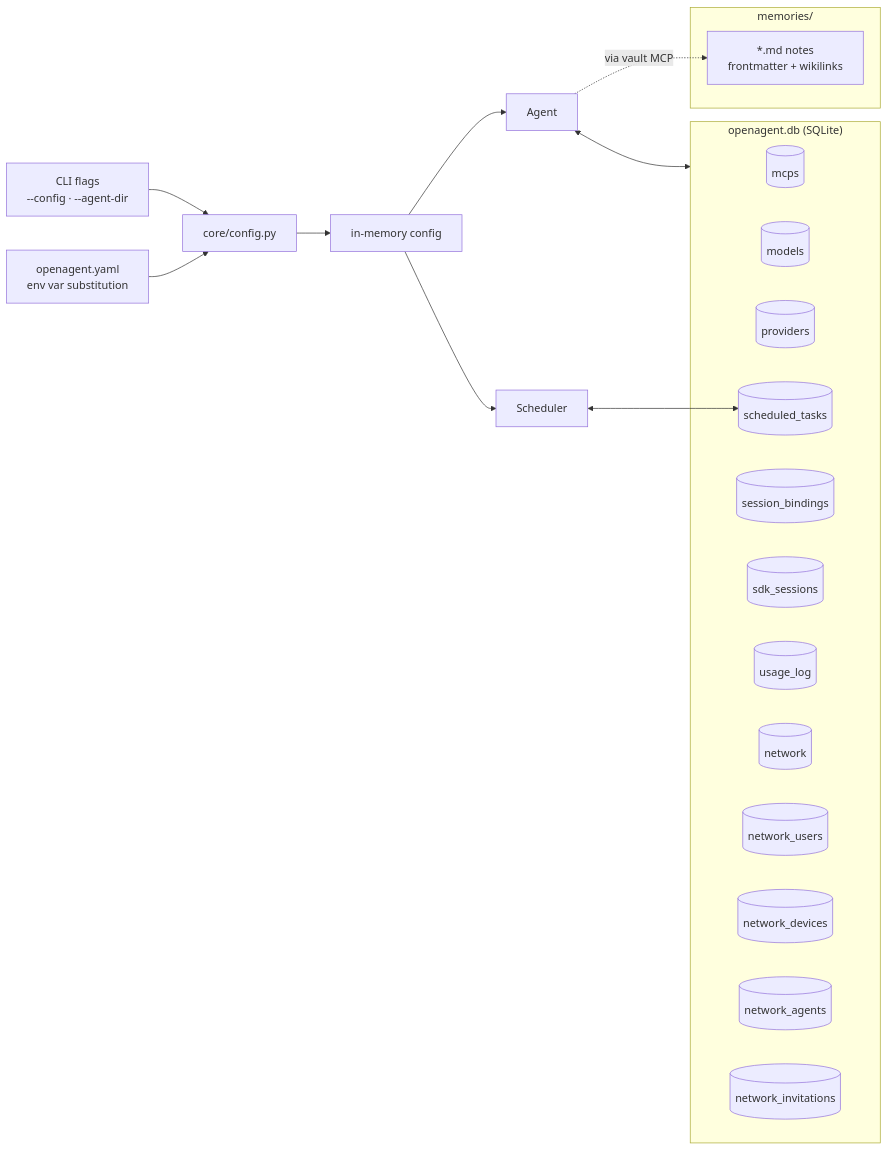
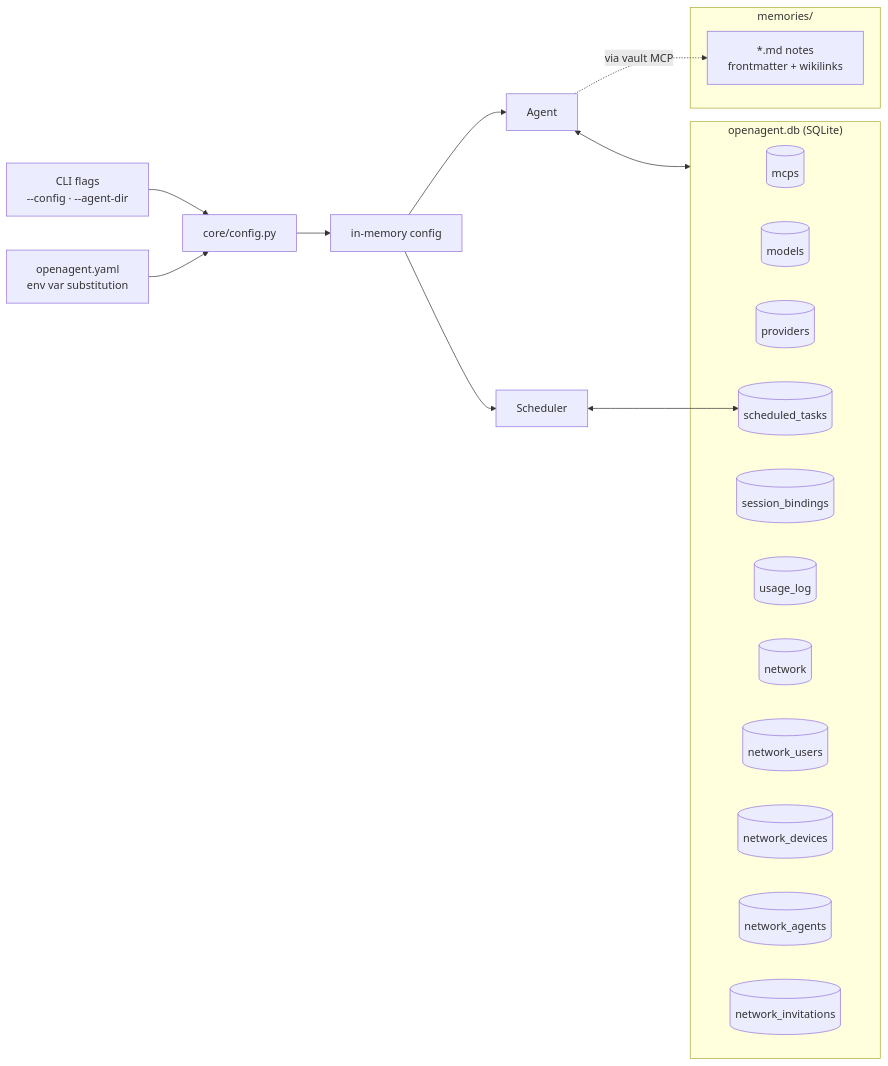
One commit to openagent-uno/openagent-docs changed the ninth of 9 diagrams in guide/architecture.md. Above: the diagram before and after it, drawn with Mermaid. The commit also changed other lines of this file and 4 other files, not shown here.

````diff
--- a/guide/architecture.md
+++ b/guide/architecture.md
@@ -359,33 +340,32 @@
 ```mermaid
 flowchart LR
     Flags["CLI flags<br/>--config · --agent-dir"] --> Loader
     YAML["openagent.yaml<br/>env var substitution"] --> Loader
     Loader["core/config.py"] --> Cfg["in-memory config"]
 
     Cfg --> Agent
     Cfg --> Sched[Scheduler]
 
     subgraph Runtime["openagent.db (SQLite)"]
         T1[(mcps)]
         T2[(models)]
         T3[(providers)]
         T4[(scheduled_tasks)]
         T5[(session_bindings)]
-        T6[(sdk_sessions)]
-        T7[(usage_log)]
-        T8[(network)]
-        T9[(network_users)]
-        T10[(network_devices)]
-        T11[(network_agents)]
-        T12[(network_invitations)]
+        T6[(usage_log)]
+        T7[(network)]
+        T8[(network_users)]
+        T9[(network_devices)]
+        T10[(network_agents)]
+        T11[(network_invitations)]
     end
 
     Agent <--> Runtime
     Sched <--> T4
 
     subgraph Vault["memories/"]
         MD["*.md notes<br/>frontmatter + wikilinks"]
     end
 
     Agent -. via vault MCP .-> MD
 ```
````
